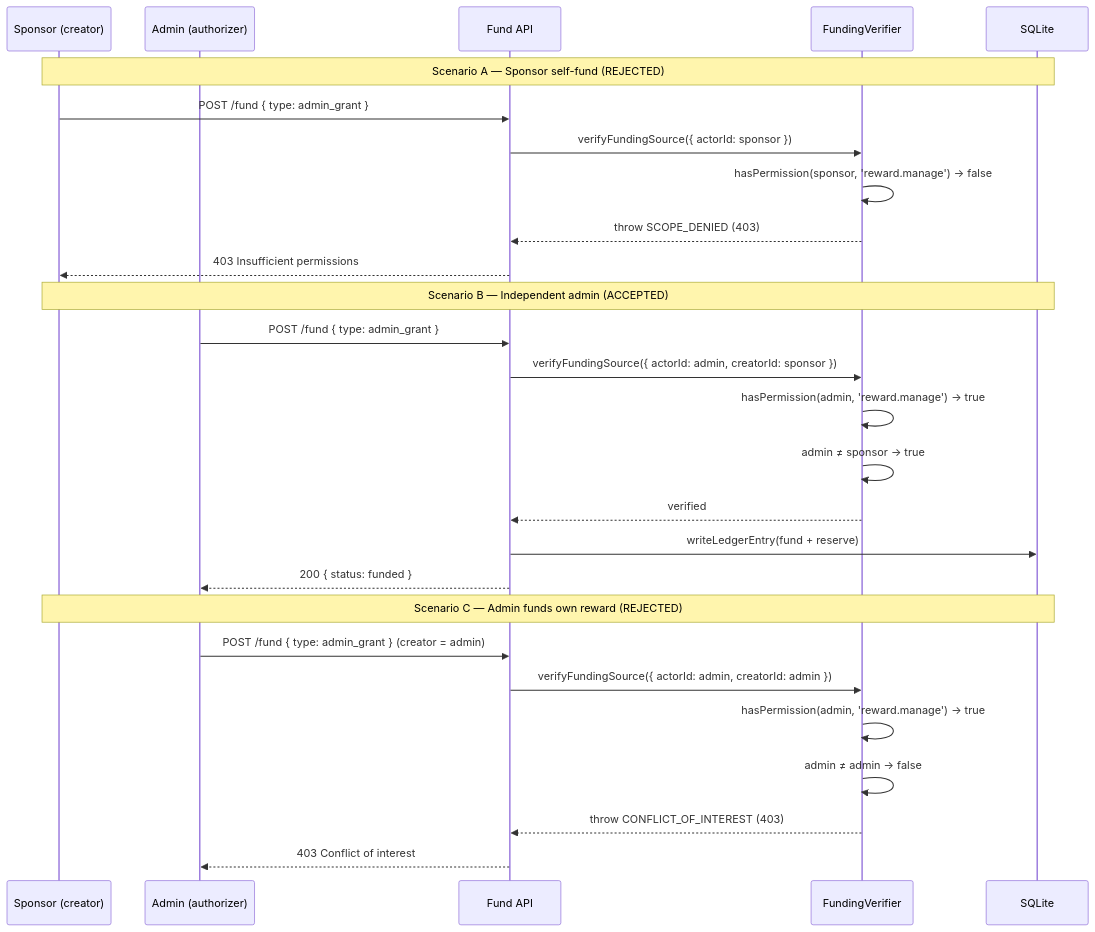
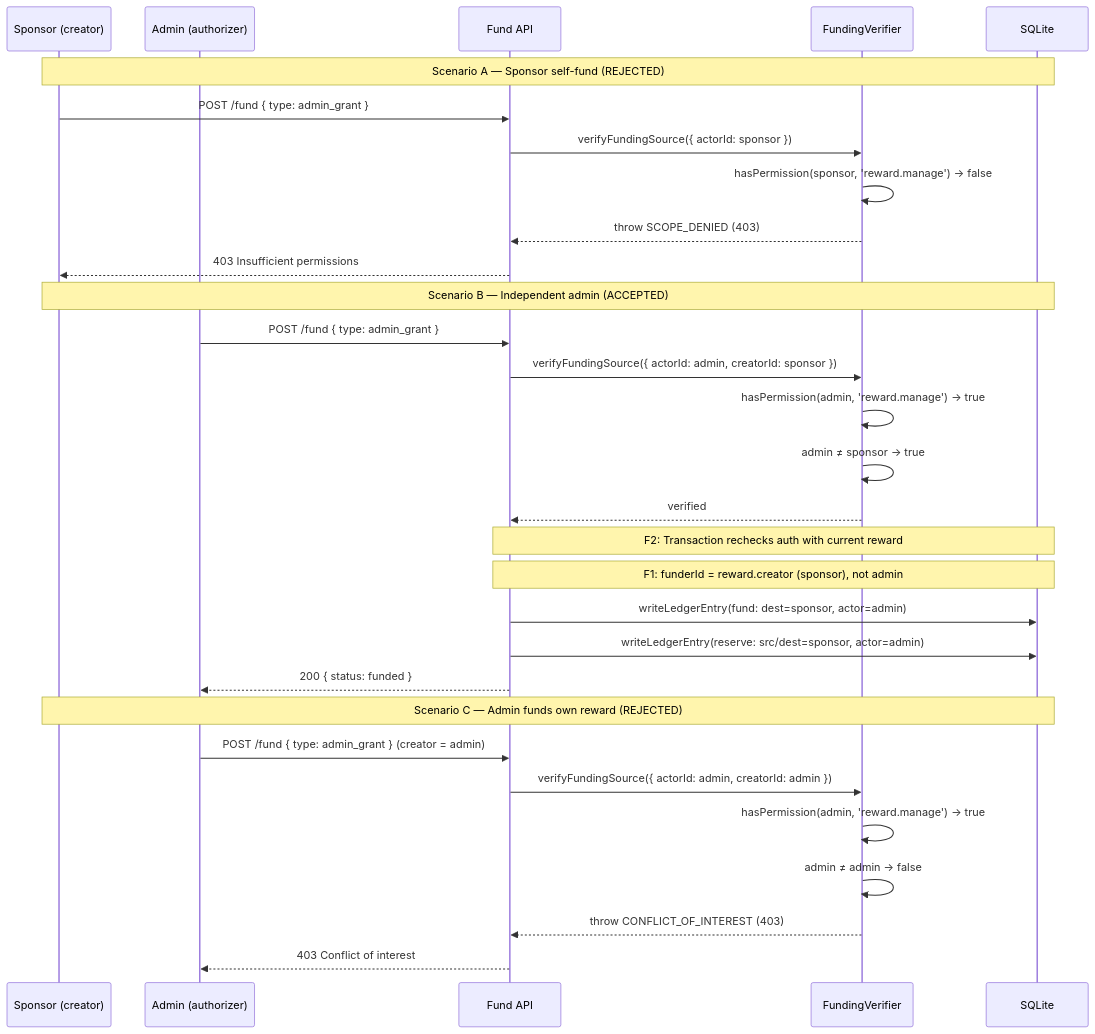
One commit to SM-Web-Systems/lms-crypto-production changed the first of 3 diagrams in docs/superpowers/specs/2026-10-27-W01-R1-internal-funding-authorization.md. Above: the diagram before and after it, drawn with Mermaid. The commit also changed other lines of this file and 5 other files, not shown here.

````diff
--- a/docs/superpowers/specs/2026-10-27-W01-R1-internal-funding-authorization.md
+++ b/docs/superpowers/specs/2026-10-27-W01-R1-internal-funding-authorization.md
@@ -242,32 +314,35 @@
 ```mermaid
 sequenceDiagram
     participant S as Sponsor (creator)
     participant A as Admin (authorizer)
     participant API as Fund API
     participant V as FundingVerifier
     participant DB as SQLite
 
     Note over S,DB: Scenario A — Sponsor self-fund (REJECTED)
     S->>API: POST /fund { type: admin_grant }
     API->>V: verifyFundingSource({ actorId: sponsor })
     V->>V: hasPermission(sponsor, 'reward.manage') → false
     V-->>API: throw SCOPE_DENIED (403)
     API-->>S: 403 Insufficient permissions
 
     Note over S,DB: Scenario B — Independent admin (ACCEPTED)
     A->>API: POST /fund { type: admin_grant }
     API->>V: verifyFundingSource({ actorId: admin, creatorId: sponsor })
     V->>V: hasPermission(admin, 'reward.manage') → true
     V->>V: admin ≠ sponsor → true
     V-->>API: verified
-    API->>DB: writeLedgerEntry(fund + reserve)
+    Note over API,DB: F2: Transaction rechecks auth with current reward
+    Note over API,DB: F1: funderId = reward.creator (sponsor), not admin
+    API->>DB: writeLedgerEntry(fund: dest=sponsor, actor=admin)
+    API->>DB: writeLedgerEntry(reserve: src/dest=sponsor, actor=admin)
     API-->>A: 200 { status: funded }
 
     Note over S,DB: Scenario C — Admin funds own reward (REJECTED)
     A->>API: POST /fund { type: admin_grant } (creator = admin)
     API->>V: verifyFundingSource({ actorId: admin, creatorId: admin })
     V->>V: hasPermission(admin, 'reward.manage') → true
     V->>V: admin ≠ admin → false
     V-->>API: throw CONFLICT_OF_INTEREST (403)
     API-->>A: 403 Conflict of interest
 ```
````
